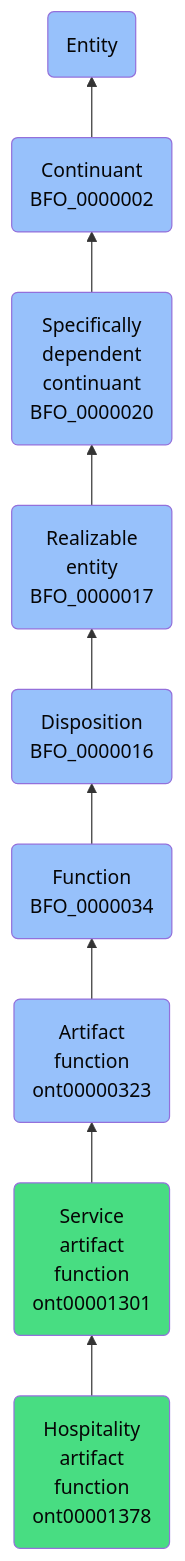
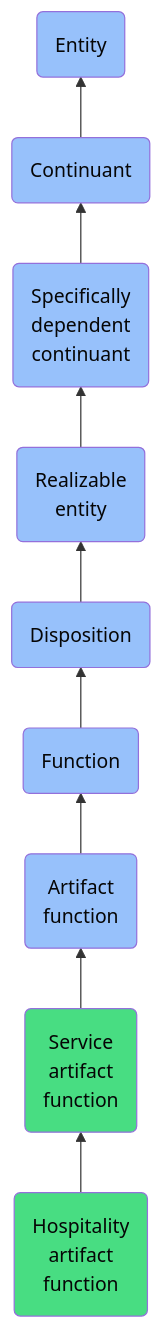
The diagram in docs/ontology/reference/model/Entity/Continuant/Specifically dependent continuant/Realizable entity/Disposition/Function/Artifact function/Service artifact function/Hospitality artifact function/Hospitality artifact function.md (jupyter-naas/abi), drawn with Mermaid before and after one commit. The commit also changed other lines of this file and 1430 other files, not shown here.

````diff
--- a/docs/ontology/reference/model/Entity/Continuant/Specifically dependent continuant/Realizable entity/Disposition/Function/Artifact function/Service artifact function/Hospitality artifact function/Hospitality artifact function.md
+++ b/docs/ontology/reference/model/Entity/Continuant/Specifically dependent continuant/Realizable entity/Disposition/Function/Artifact function/Service artifact function/Hospitality artifact function/Hospitality artifact function.md
@@ -24,16 +24,16 @@
 ```mermaid
 graph BT
-    ont00001378(Hospitality<br>artifact<br>function<br>ont00001378):::ABI-->ont00001301
-    ont00001301(Service<br>artifact<br>function<br>ont00001301):::ABI-->ont00000323
-    ont00000323(Artifact<br>function<br>ont00000323):::BFO-->BFO_0000034
-    BFO_0000034(Function<br>BFO_0000034):::BFO-->BFO_0000016
-    BFO_0000016(Disposition<br>BFO_0000016):::BFO-->BFO_0000017
-    BFO_0000017(Realizable<br>entity<br>BFO_0000017):::BFO-->BFO_0000020
-    BFO_0000020(Specifically<br>dependent<br>continuant<br>BFO_0000020):::BFO-->BFO_0000002
-    BFO_0000002(Continuant<br>BFO_0000002):::BFO-->BFO_0000001
+    ont00001378(Hospitality<br>artifact<br>function):::ABI-->ont00001301
+    ont00001301(Service<br>artifact<br>function):::ABI-->ont00000323
+    ont00000323(Artifact<br>function):::BFO-->BFO_0000034
+    BFO_0000034(Function):::BFO-->BFO_0000016
+    BFO_0000016(Disposition):::BFO-->BFO_0000017
+    BFO_0000017(Realizable<br>entity):::BFO-->BFO_0000020
+    BFO_0000020(Specifically<br>dependent<br>continuant):::BFO-->BFO_0000002
+    BFO_0000002(Continuant):::BFO-->BFO_0000001
     BFO_0000001(Entity):::BFO
     
     classDef BFO fill:#97c1fb,color:#060606
     classDef CCO fill:#e4c51e,color:#060606
     classDef ABI fill:#48DD82,color:#060606
 ```
````
